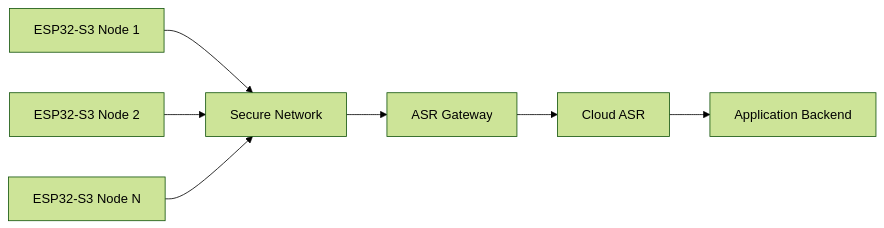
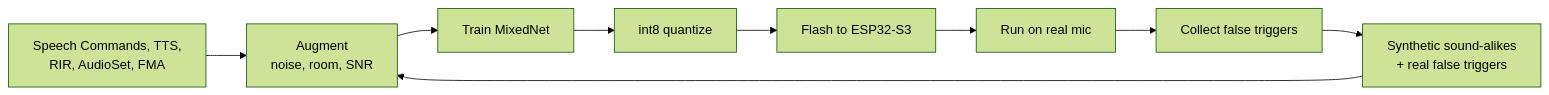
Diagram 12 of 12 in README.md (Raj24-dev/Kws), drawn with Mermaid (forest theme) before and after one commit. The commit also changed other lines of this file, not shown here.

````diff
--- a/README.md
+++ b/README.md
@@ -1474,19 +257,7 @@
 ```mermaid
 flowchart LR
-
-    A["ESP32-S3 Node 1"]
-    B["ESP32-S3 Node 2"]
-    C["ESP32-S3 Node N"]
-
-    D["Secure Network"]
-    E["ASR Gateway"]
-    F["Cloud ASR"]
-    G["Application Backend"]
-
-    A --> D
-    B --> D
-    C --> D
-    D --> E
-    E --> F
-    F --> G
+    A["Speech Commands, TTS,<br/>RIR, AudioSet, FMA"] --> B["Augment<br/>noise, room, SNR"]
+    H["Synthetic sound-alikes<br/>+ real false triggers"] --> B
+    B --> C["Train MixedNet"] --> D["int8 quantize"] --> E["Flash to ESP32-S3"]
+    E --> F["Run on real mic"] --> G["Collect false triggers"] --> H
 ```
````
